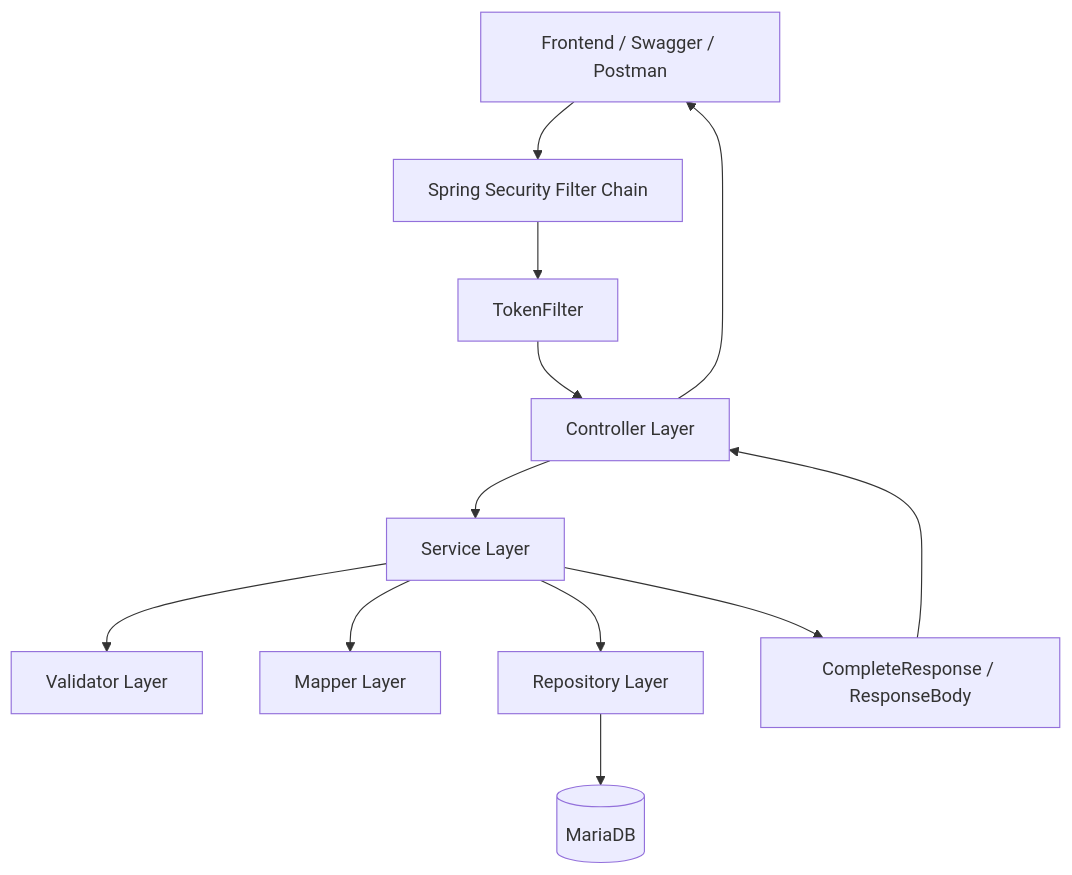
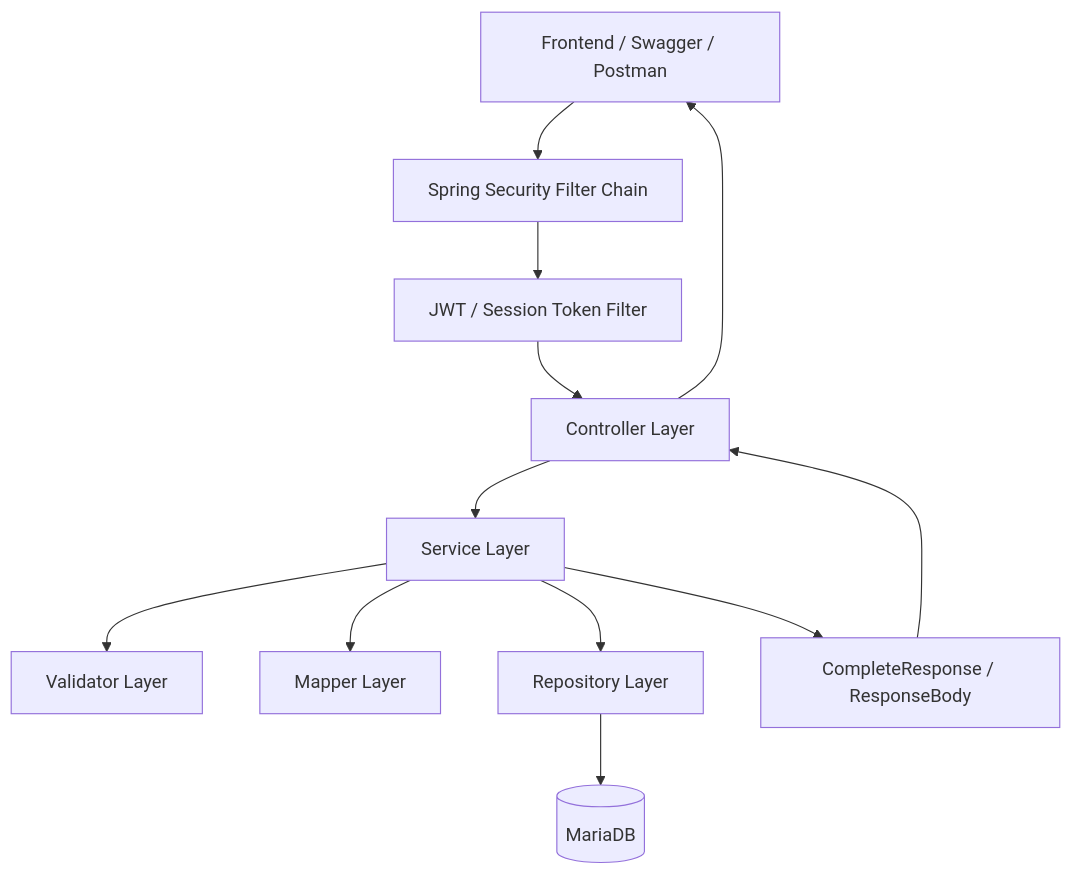
One commit to JustinBui22/wandermate-fullstack changed the diagram in backend/README.md. Above: the diagram before and after it, drawn with Mermaid. The commit also changed other lines of this file and 3 other files, not shown here.

````diff
--- a/backend/README.md
+++ b/backend/README.md
@@ -63,14 +70,14 @@
 ```mermaid
 flowchart TD
     Client[Frontend / Swagger / Postman] --> Security[Spring Security Filter Chain]
-    Security --> TokenFilter[TokenFilter]
+    Security --> TokenFilter[JWT / Session Token Filter]
     TokenFilter --> Controller[Controller Layer]
     Controller --> Service[Service Layer]
     Service --> Validator[Validator Layer]
     Service --> Mapper[Mapper Layer]
     Service --> Repository[Repository Layer]
     Repository --> DB[(MariaDB)]
     Service --> Response[CompleteResponse / ResponseBody]
     Response --> Controller
     Controller --> Client
 ```
````
